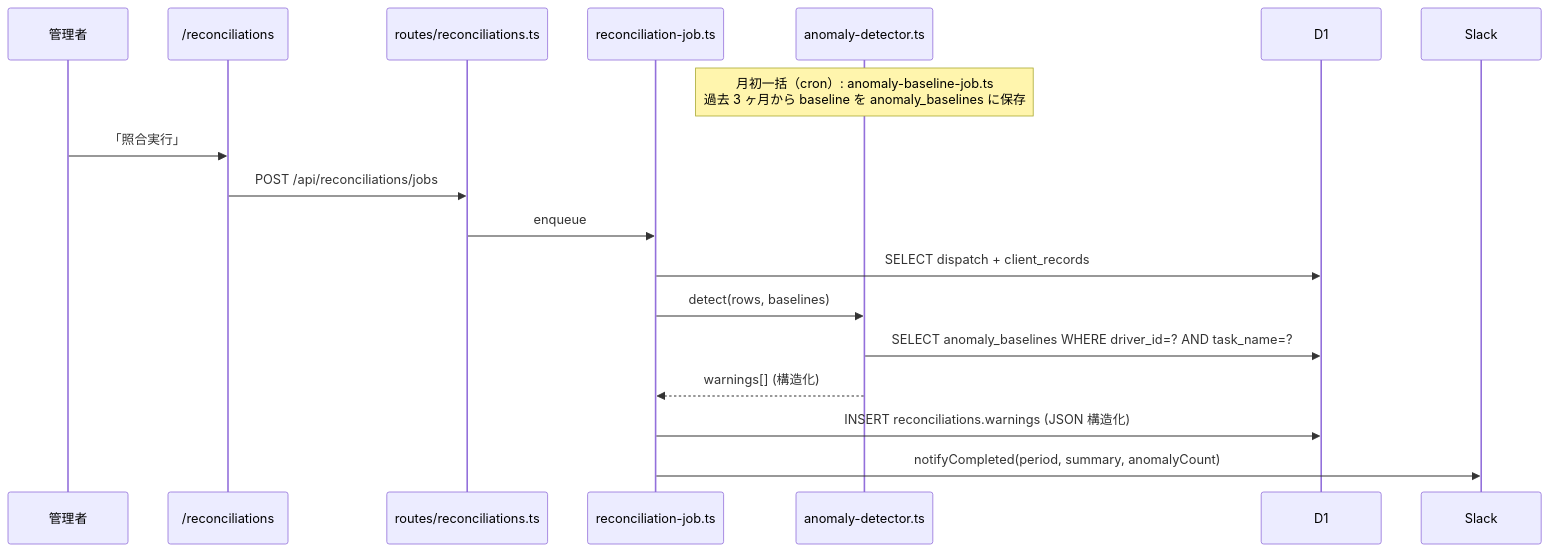
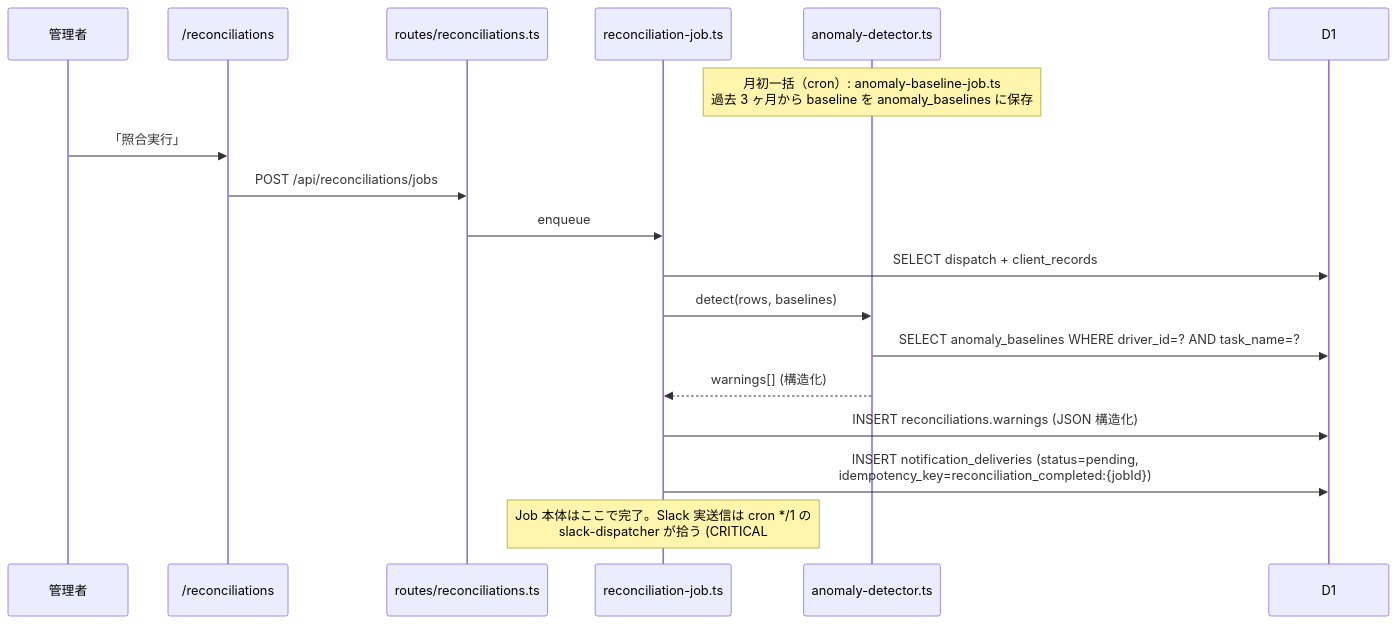
One commit to saku1024/steelo-invoice changed the second of 4 diagrams in .kiro/specs/phase3-intelligence/design.md. Above: the diagram before and after it, drawn with Mermaid. The commit also changed other lines of this file and 4 other files, not shown here.

````diff
--- a/.kiro/specs/phase3-intelligence/design.md
+++ b/.kiro/specs/phase3-intelligence/design.md
@@ -130,21 +190,22 @@
 ```mermaid
 sequenceDiagram
     participant U as 管理者
     participant Web as /reconciliations
     participant API as routes/reconciliations.ts
     participant Job as reconciliation-job.ts
     participant Det as anomaly-detector.ts
     participant DB as D1
 
     Note over Det: 月初一括（cron）: anomaly-baseline-job.ts<br/>過去 3 ヶ月から baseline を anomaly_baselines に保存
 
     U->>Web: 「照合実行」
     Web->>API: POST /api/reconciliations/jobs
     API->>Job: enqueue
     Job->>DB: SELECT dispatch + client_records
     Job->>Det: detect(rows, baselines)
     Det->>DB: SELECT anomaly_baselines WHERE driver_id=? AND task_name=?
     Det-->>Job: warnings[] (構造化)
     Job->>DB: INSERT reconciliations.warnings (JSON 構造化)
-    Job->>Slack: notifyCompleted(period, summary, anomalyCount)
+    Job->>DB: INSERT notification_deliveries (status=pending,<br/>idempotency_key=reconciliation_completed:{jobId})
+    Note over Job: Job 本体はここで完了。Slack 実送信は cron */1 の<br/>slack-dispatcher が拾う (CRITICAL #1 / #5 反映)
 ```
````
